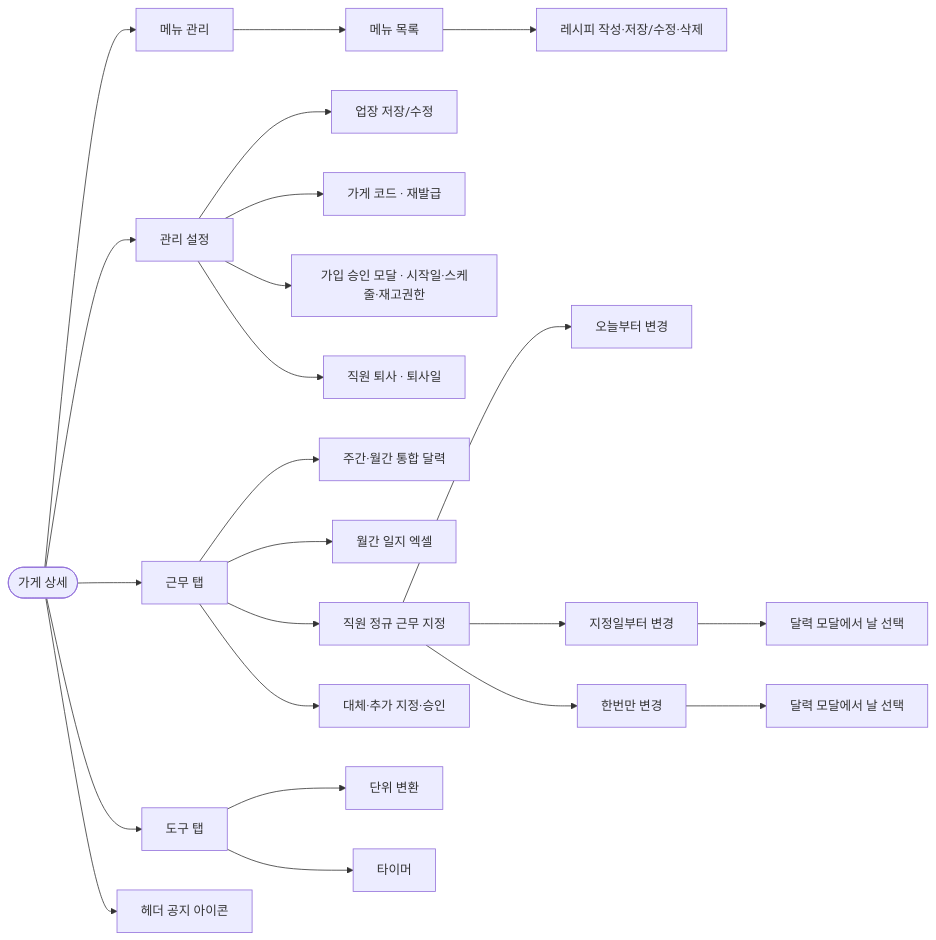
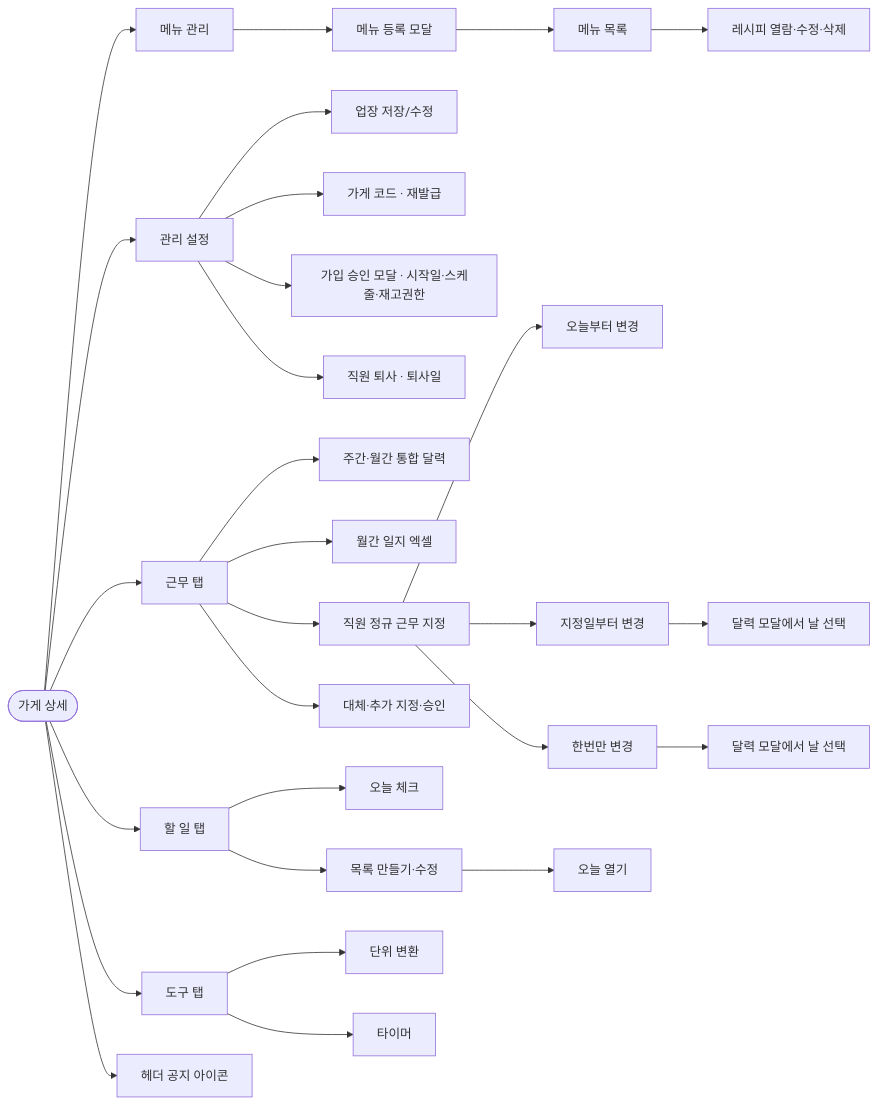
The tenth of 27 diagrams in docs/PBB-유저-흐름도.md (ohdeg/PBB), drawn with Mermaid before and after one commit. The commit also changed other lines of this file and 55 other files, not shown here.

````diff
--- a/docs/PBB-유저-흐름도.md
+++ b/docs/PBB-유저-흐름도.md
@@ -228,25 +237,30 @@
 ```mermaid
 flowchart LR
     store([가게 상세]) --> menus[메뉴 관리]
-    menus --> menuList[메뉴 목록]
-    menuList --> recipeEdit[레시피 작성·저장/수정·삭제]
+    menus --> addMenu[메뉴 등록 모달]
+    addMenu --> menuList[메뉴 목록]
+    menuList --> recipeEdit[레시피 열람·수정·삭제]
     store --> settings[관리 설정]
     settings --> saveStore[업장 저장/수정]
     settings --> inviteCode[가게 코드 · 재발급]
     settings --> joins[가입 승인 모달 · 시작일·스케줄·재고권한]
     settings --> resign[직원 퇴사 · 퇴사일]
     store --> schedule[근무 탭]
     schedule --> calendar[주간·월간 통합 달력]
     schedule --> journalXlsx[월간 일지 엑셀]
     schedule --> assign[직원 정규 근무 지정]
     assign --> fromToday[오늘부터 변경]
     assign --> fromDate[지정일부터 변경]
     fromDate --> pickDate[달력 모달에서 날 선택]
     assign --> once[한번만 변경]
     once --> pickOnce[달력 모달에서 날 선택]
     schedule --> cover[대체·추가 지정·승인]
+    store --> checklists[할 일 탭]
+    checklists --> todayList[오늘 체크]
+    checklists --> templates[목록 만들기·수정]
+    templates --> openToday[오늘 열기]
     store --> tools[도구 탭]
     store --> notice[헤더 공지 아이콘]
     tools --> units[단위 변환]
     tools --> timers[타이머]
 ```
````
